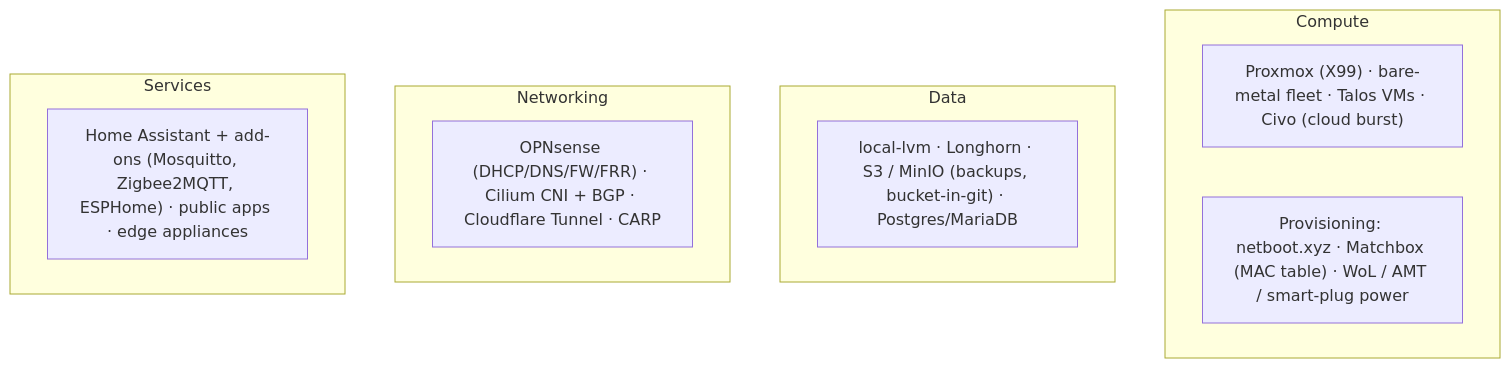
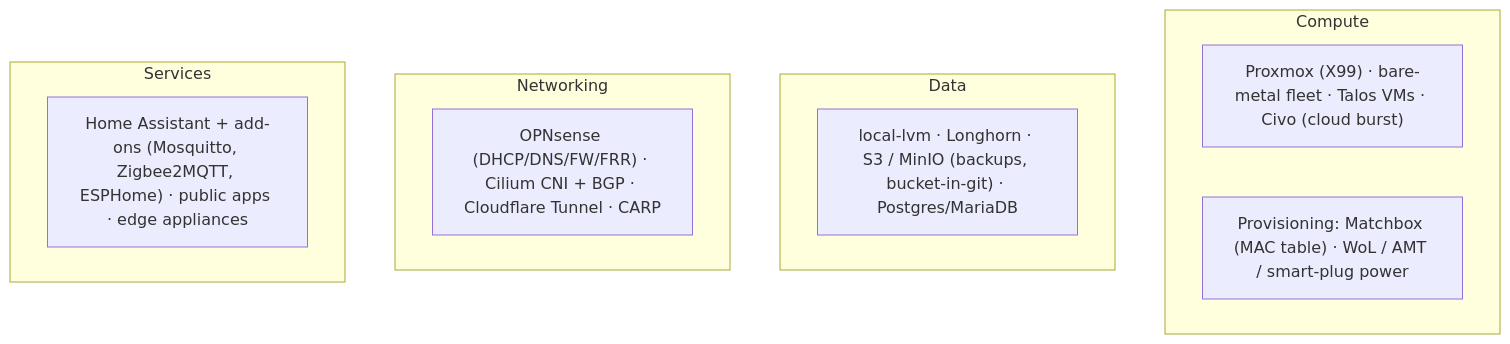
The fourth of 6 diagrams in ARCHITECTURE.md (teststuffstash/homelab), drawn with Mermaid before and after one commit. The commit also changed 20 other files, not shown here.

````diff
--- a/ARCHITECTURE.md
+++ b/ARCHITECTURE.md
@@ -83,16 +83,16 @@
 ```mermaid
 flowchart TB
     subgraph COMPUTE["Compute"]
         C1["Proxmox (X99) · bare-metal fleet · Talos VMs · Civo (cloud burst)"]
-        C2["Provisioning: netboot.xyz · Matchbox (MAC table) · WoL / AMT / smart-plug power"]
+        C2["Provisioning: Matchbox (MAC table) · WoL / AMT / smart-plug power"]
     end
     subgraph DATA["Data"]
         D1["local-lvm · Longhorn · S3 / MinIO (backups, bucket-in-git) · Postgres/MariaDB"]
     end
     subgraph NET["Networking"]
         N1["OPNsense (DHCP/DNS/FW/FRR) · Cilium CNI + BGP · Cloudflare Tunnel · CARP"]
     end
     subgraph SVC["Services"]
         S1["Home Assistant + add-ons (Mosquitto, Zigbee2MQTT, ESPHome) · public apps · edge appliances"]
     end
 ```
````
